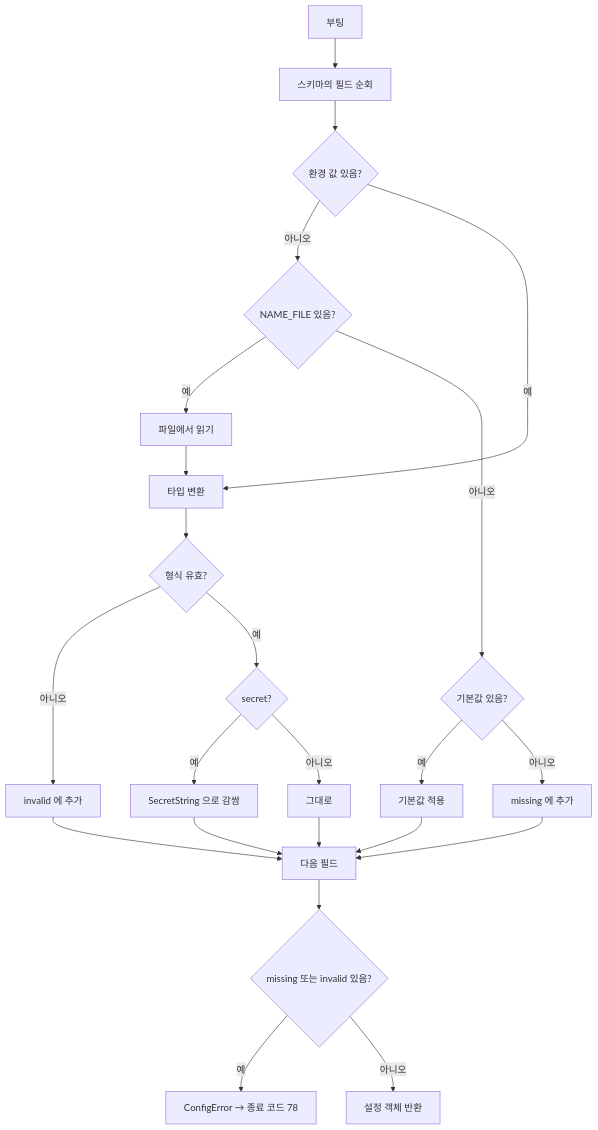
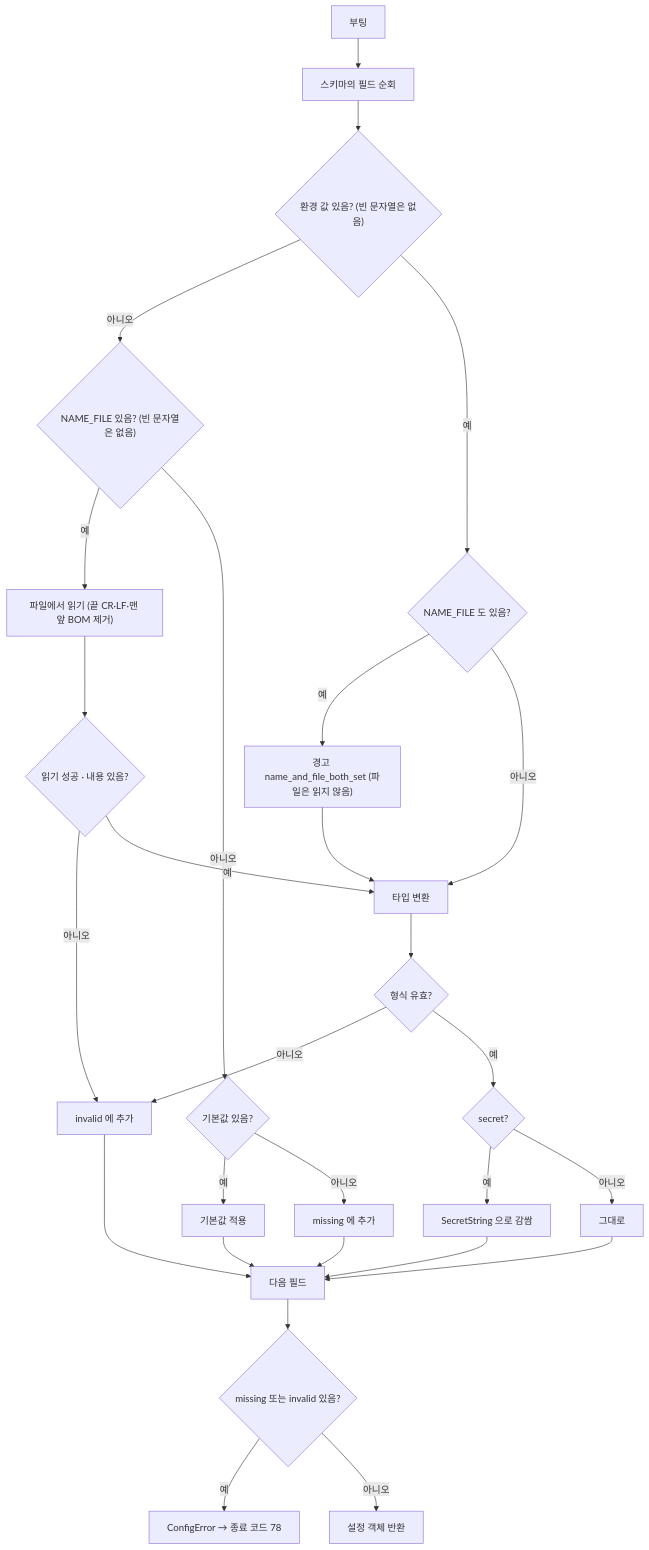
The fifth of 5 diagrams in docs/design/01-repository-structure.md (1985jwlee/portpolio_backend), drawn with Mermaid before and after one commit. The commit also changed other lines of this file and 29 other files, not shown here.

````diff
--- a/docs/design/01-repository-structure.md
+++ b/docs/design/01-repository-structure.md
@@ -356,25 +361,30 @@
 ```mermaid
 flowchart TD
     A["부팅"] --> B["스키마의 필드 순회"]
-    B --> C{"환경 값 있음?"}
-    C -- "아니오" --> D{"NAME_FILE 있음?"}
-    D -- "예" --> E["파일에서 읽기"]
+    B --> C{"환경 값 있음? (빈 문자열은 없음)"}
+    C -- "아니오" --> D{"NAME_FILE 있음? (빈 문자열은 없음)"}
+    D -- "예" --> E["파일에서 읽기 (끝 CR·LF·맨 앞 BOM 제거)"]
+    E --> E2{"읽기 성공 · 내용 있음?"}
+    E2 -- "아니오" --> Y
+    E2 -- "예" --> H
     D -- "아니오" --> F{"기본값 있음?"}
     F -- "예" --> G["기본값 적용"]
     F -- "아니오" --> X["missing 에 추가"]
-    C -- "예" --> H["타입 변환"]
-    E --> H
+    C -- "예" --> W{"NAME_FILE 도 있음?"}
+    W -- "예" --> W2["경고 name_and_file_both_set (파일은 읽지 않음)"]
+    W2 --> H["타입 변환"]
+    W -- "아니오" --> H
     H --> I{"형식 유효?"}
     I -- "아니오" --> Y["invalid 에 추가"]
     I -- "예" --> J{"secret?"}
     J -- "예" --> K["SecretString 으로 감쌈"]
     J -- "아니오" --> L["그대로"]
     G --> M["다음 필드"]
     K --> M
     L --> M
     X --> M
     Y --> M
     M --> N{"missing 또는 invalid 있음?"}
     N -- "예" --> Z["ConfigError → 종료 코드 78"]
     N -- "아니오" --> O["설정 객체 반환"]
 ```
````
